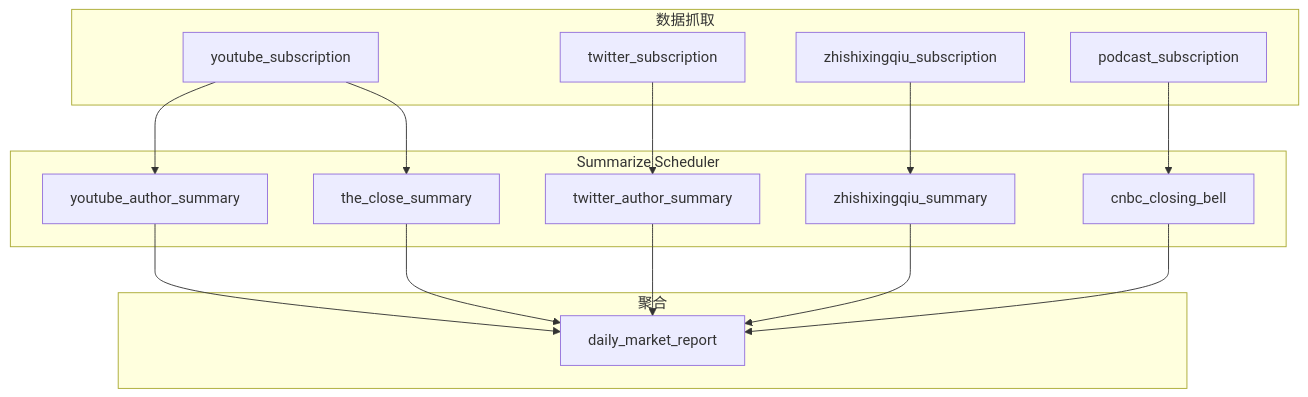
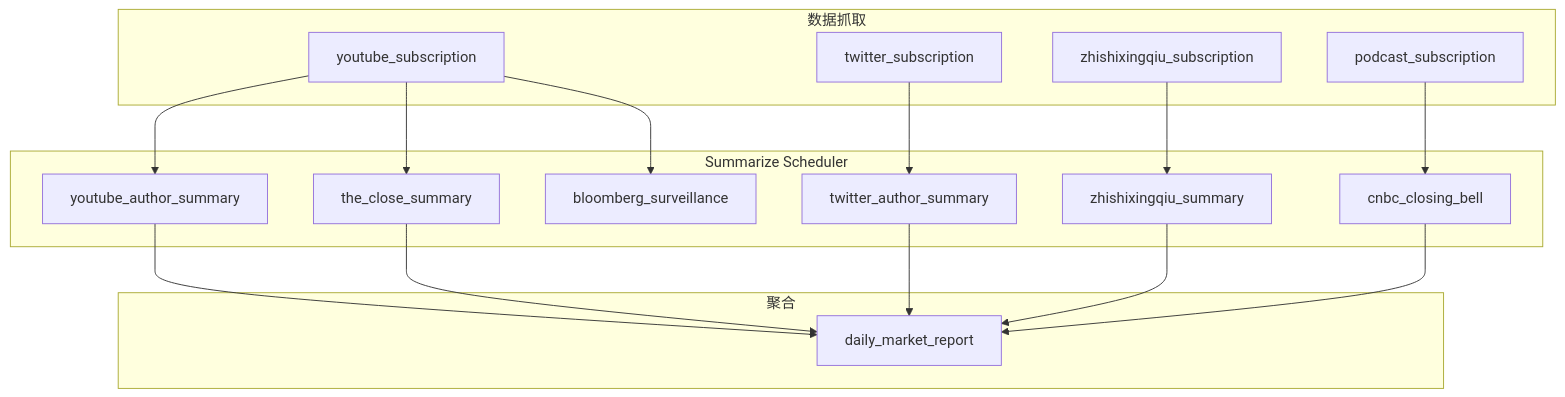
The diagram in docs/instructions/SUMMARY_SCHEDULER_DEVELOPMENT_GUIDE.md (solterra2888/LocalVirtualService), drawn with Mermaid before and after one commit. The commit also changed 27 other files, not shown here.

First line of the commit message:
**新增 Bloomberg Surveillance 功能及 API 集成**

````diff
--- a/docs/instructions/SUMMARY_SCHEDULER_DEVELOPMENT_GUIDE.md
+++ b/docs/instructions/SUMMARY_SCHEDULER_DEVELOPMENT_GUIDE.md
@@ -281,33 +281,35 @@
 ```mermaid
 flowchart TD
   subgraph fetch [数据抓取]
     YTSub[youtube_subscription]
     TWSub[twitter_subscription]
     ZXQSub[zhishixingqiu_subscription]
     PodSub[podcast_subscription]
   end
 
   subgraph summarize [Summarize Scheduler]
     YTSum[youtube_author_summary]
     TWSum[twitter_author_summary]
     ZXQSum[zhishixingqiu_summary]
     Close[the_close_summary]
     CNBC[cnbc_closing_bell]
+    Surveil[bloomberg_surveillance]
   end
 
   subgraph aggregate [聚合]
     DMR[daily_market_report]
   end
 
   YTSub --> YTSum
   TWSub --> TWSum
   ZXQSub --> ZXQSum
   YTSub --> Close
   PodSub --> CNBC
+  YTSub --> Surveil
 
   YTSum --> DMR
   TWSum --> DMR
   ZXQSum --> DMR
   Close --> DMR
   CNBC --> DMR
 ```
````
